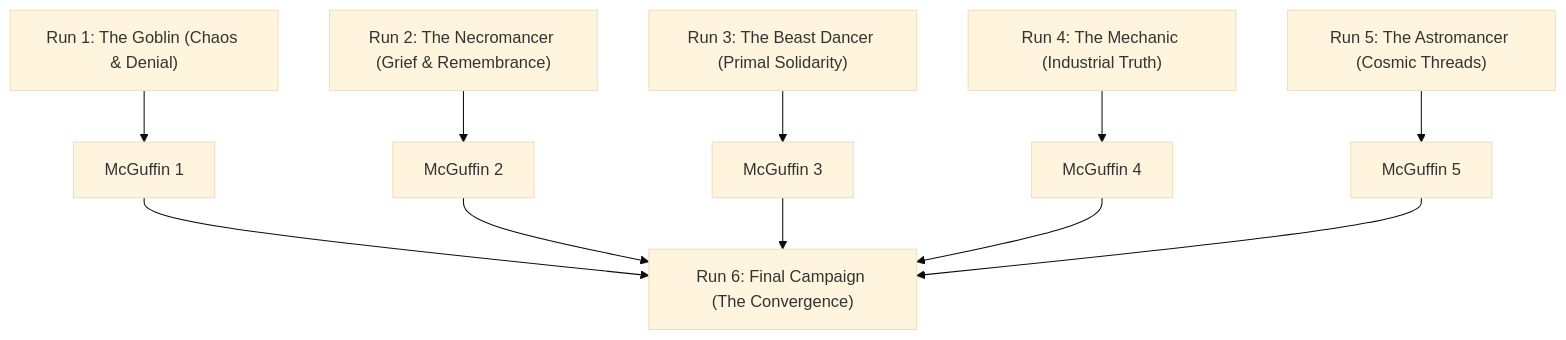
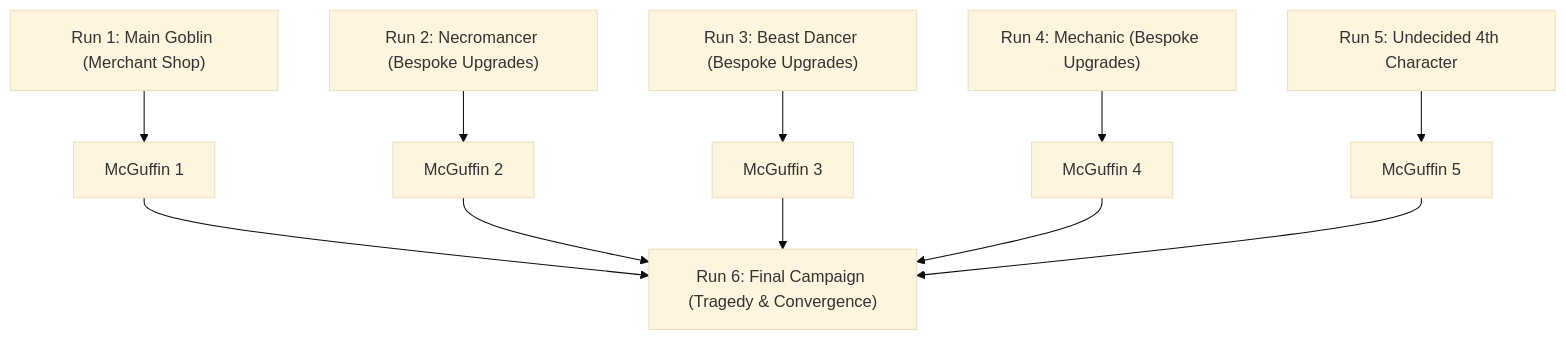
One commit to foxhollowgames/Goblin-Cannon changed the diagram in docs/ROADMAP.md. Above: the diagram before and after it, drawn with Mermaid (base theme). The commit also changed other lines of this file and 7 other files, not shown here.

Commit message:
docs: refine roadmap and tasks to match user specifications and tag AI ideas

````diff
--- a/docs/ROADMAP.md
+++ b/docs/ROADMAP.md
@@ -36,9 +36,9 @@
 ```mermaid
 flowchart TD
-  R1["Run 1: The Goblin (Chaos & Denial)"] --> M1["McGuffin 1"]
-  R2["Run 2: The Necromancer (Grief & Remembrance)"] --> M2["McGuffin 2"]
-  R3["Run 3: The Beast Dancer (Primal Solidarity)"] --> M3["McGuffin 3"]
-  R4["Run 4: The Mechanic (Industrial Truth)"] --> M4["McGuffin 4"]
-  R5["Run 5: The Astromancer (Cosmic Threads)"] --> M5["McGuffin 5"]
-  M1 & M2 & M3 & M4 & M5 --> R6["Run 6: Final Campaign (The Convergence)"]
+  R1["Run 1: Main Goblin (Merchant Shop)"] --> M1["McGuffin 1"]
+  R2["Run 2: Necromancer (Bespoke Upgrades)"] --> M2["McGuffin 2"]
+  R3["Run 3: Beast Dancer (Bespoke Upgrades)"] --> M3["McGuffin 3"]
+  R4["Run 4: Mechanic (Bespoke Upgrades)"] --> M4["McGuffin 4"]
+  R5["Run 5: Undecided 4th Character"] --> M5["McGuffin 5"]
+  M1 & M2 & M3 & M4 & M5 --> R6["Run 6: Final Campaign (Tragedy & Convergence)"]
 ```
````
